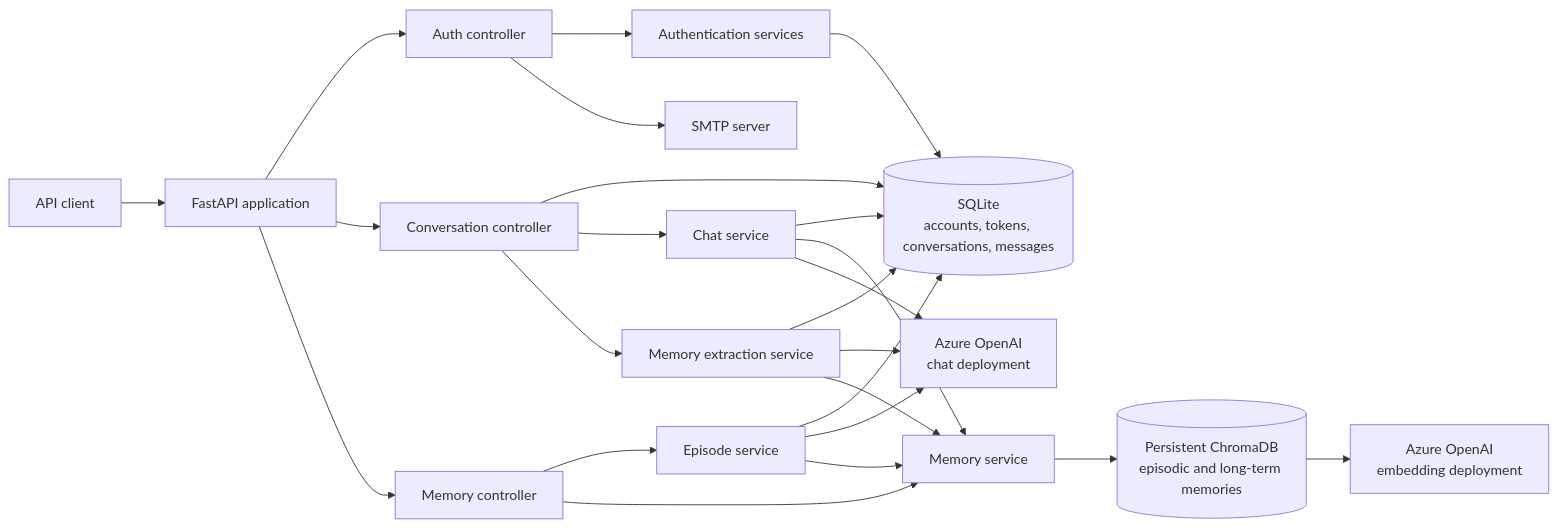
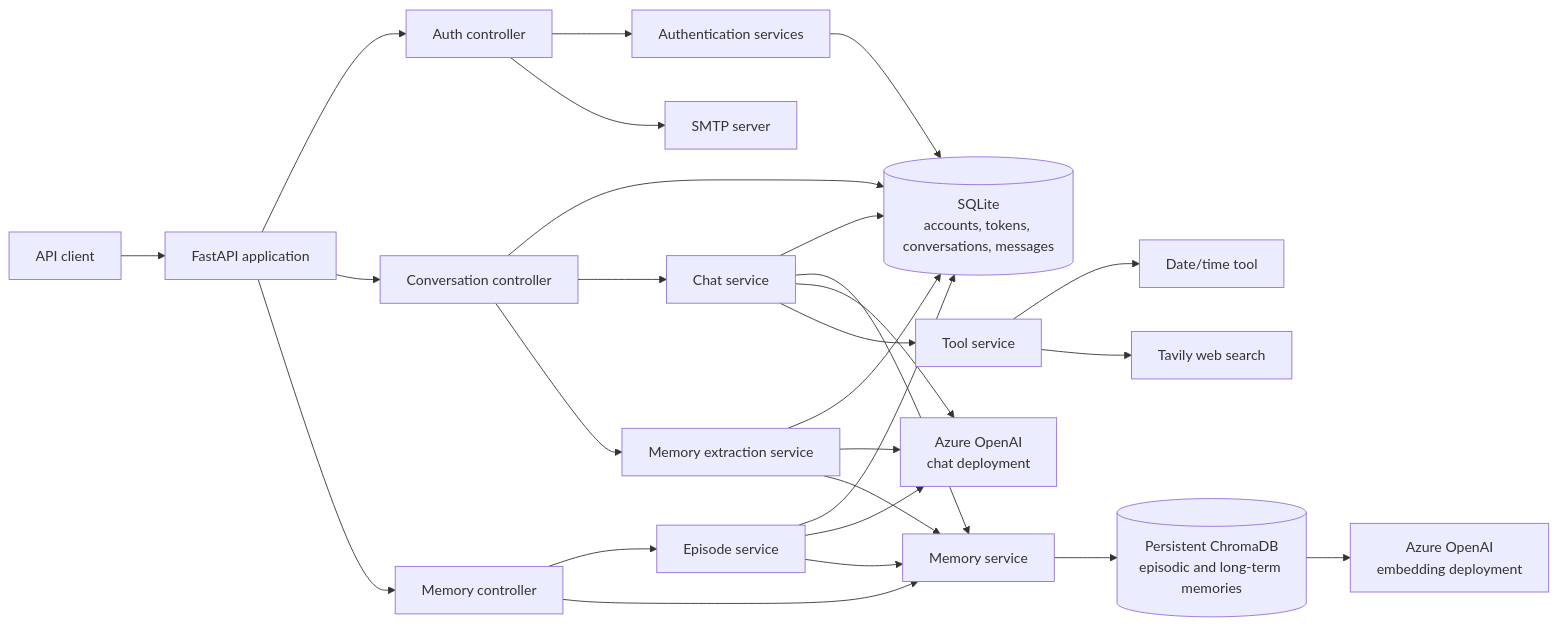
Before and after one commit to ritikdhote02/AI-Chatbot-Assistant: the first of 4 diagrams in README.md, drawn with Mermaid. The commit also changed other lines of this file and 8 other files, not shown here.

````diff
--- a/README.md
+++ b/README.md
@@ -59,42 +64,48 @@
 ```mermaid
 flowchart LR
     Client[API client]
     API[FastAPI application]
     Auth[Auth controller]
     Conversations[Conversation controller]
     Memories[Memory controller]
     AuthService[Authentication services]
     ChatService[Chat service]
     EpisodeService[Episode service]
     Extraction[Memory extraction service]
     MemoryService[Memory service]
+    ToolService[Tool service]
     SQLite[(SQLite<br/>accounts, tokens, conversations, messages)]
     AzureChat[Azure OpenAI<br/>chat deployment]
     AzureEmbeddings[Azure OpenAI<br/>embedding deployment]
+    DateTime[Date/time tool]
+    Tavily[Tavily web search]
     Chroma[(Persistent ChromaDB<br/>episodic and long-term memories)]
     SMTP[SMTP server]
 
     Client --> API
     API --> Auth
     API --> Conversations
     API --> Memories
     Auth --> AuthService
     AuthService --> SQLite
     Auth --> SMTP
     Conversations --> SQLite
     Conversations --> ChatService
     Conversations --> Extraction
     Memories --> EpisodeService
     Memories --> MemoryService
     ChatService --> SQLite
     ChatService --> MemoryService
     ChatService --> AzureChat
+    ChatService --> ToolService
+    ToolService --> DateTime
+    ToolService --> Tavily
     EpisodeService --> SQLite
     EpisodeService --> AzureChat
     EpisodeService --> MemoryService
     Extraction --> SQLite
     Extraction --> AzureChat
     Extraction --> MemoryService
     MemoryService --> Chroma
     Chroma --> AzureEmbeddings
 ```
````
